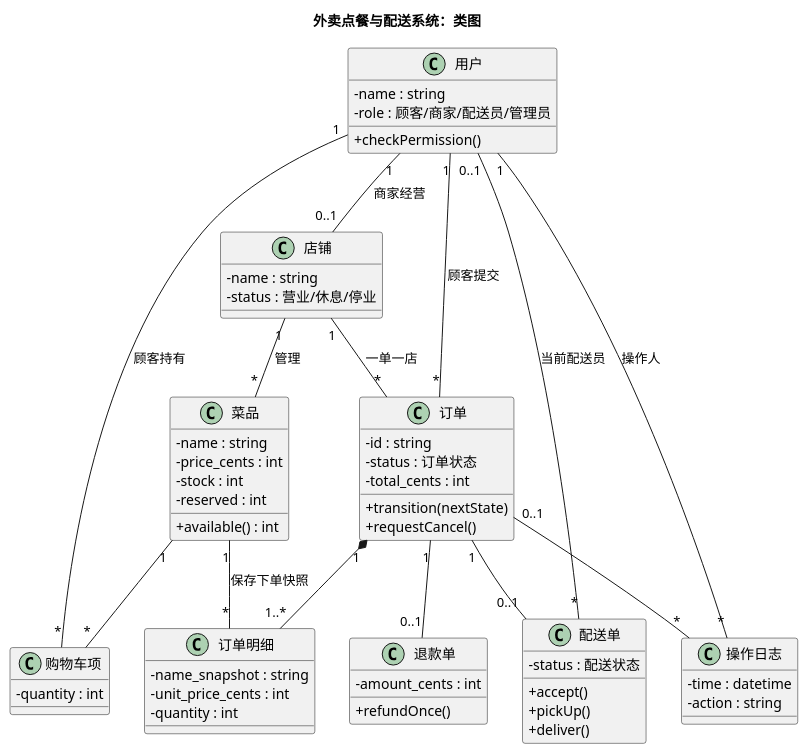
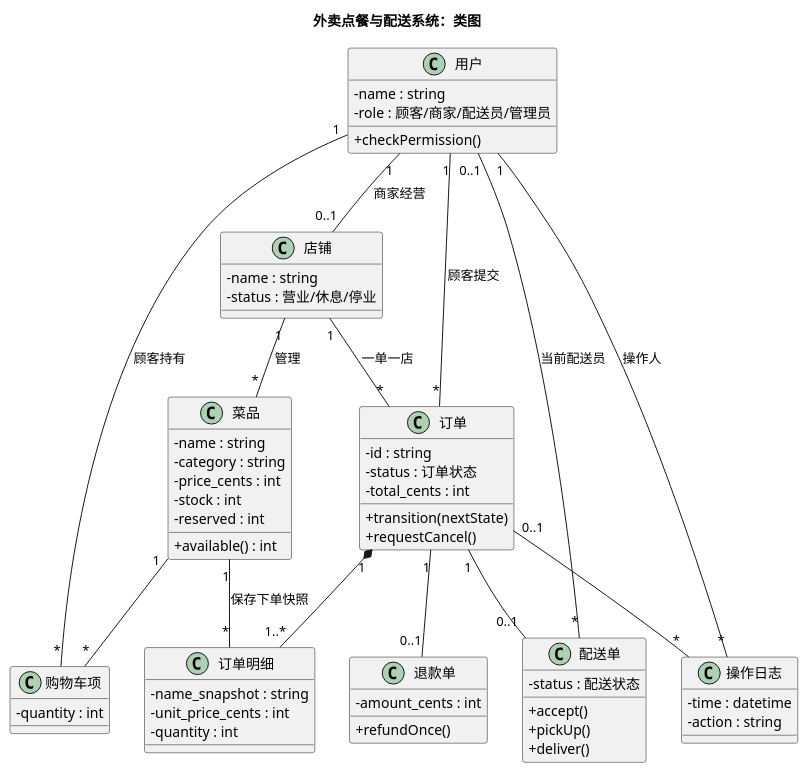
The diagram in UML/UML类图.puml (yizuochengshilidefeng/Software-lab), drawn with PlantUML before and after one commit. The commit also changed 7 other files, not shown here.

```diff
--- a/UML/UML类图.puml
+++ b/UML/UML类图.puml
@@ -1,66 +1,67 @@
 @startuml
 title 外卖点餐与配送系统：类图
 skinparam defaultFontName Microsoft YaHei
 skinparam classAttributeIconSize 0
 skinparam shadowing false
 
 class "用户" as User {
   -name : string
   -role : 顾客/商家/配送员/管理员
   +checkPermission()
 }
 class "店铺" as Store {
   -name : string
   -status : 营业/休息/停业
 }
 class "菜品" as Dish {
   -name : string
+  -category : string
   -price_cents : int
   -stock : int
   -reserved : int
   +available() : int
 }
 class "购物车项" as CartItem {
   -quantity : int
 }
 class "订单" as Order {
   -id : string
   -status : 订单状态
   -total_cents : int
   +transition(nextState)
   +requestCancel()
 }
 class "订单明细" as OrderItem {
   -name_snapshot : string
   -unit_price_cents : int
   -quantity : int
 }
 class "配送单" as Delivery {
   -status : 配送状态
   +accept()
   +pickUp()
   +deliver()
 }
 class "退款单" as Refund {
   -amount_cents : int
   +refundOnce()
 }
 class "操作日志" as AuditLog {
   -time : datetime
   -action : string
 }
 
 User "1" -- "0..1" Store : 商家经营
 Store "1" -- "*" Dish : 管理
 User "1" -- "*" CartItem : 顾客持有
 Dish "1" -- "*" CartItem
 User "1" -- "*" Order : 顾客提交
 Store "1" -- "*" Order : 一单一店
 Order "1" *-- "1..*" OrderItem
 Dish "1" -- "*" OrderItem : 保存下单快照
 Order "1" -- "0..1" Delivery
 User "0..1" -- "*" Delivery : 当前配送员
 Order "1" -- "0..1" Refund
 Order "0..1" -- "*" AuditLog
 User "1" -- "*" AuditLog : 操作人
 @enduml
```
